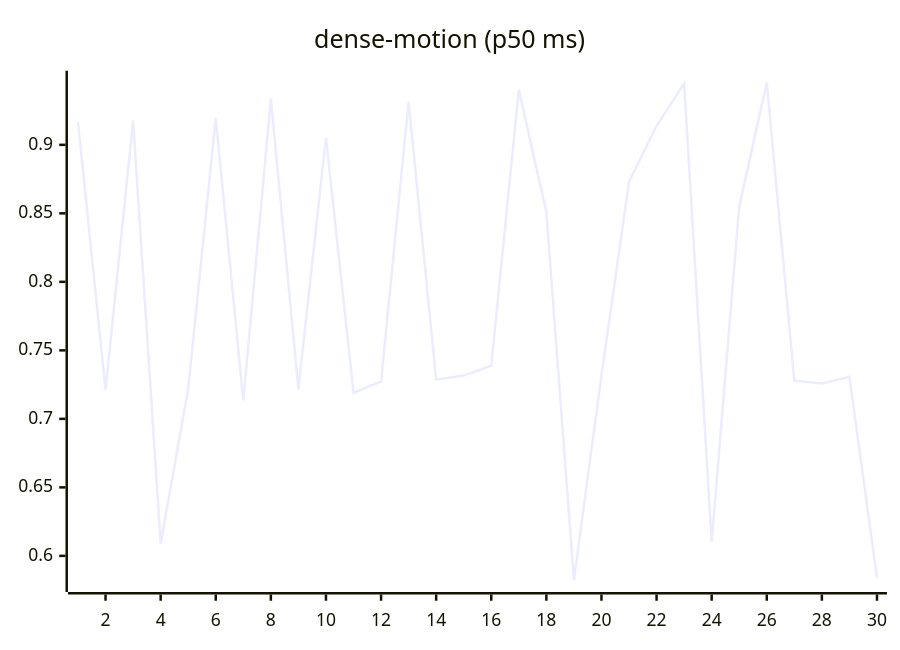
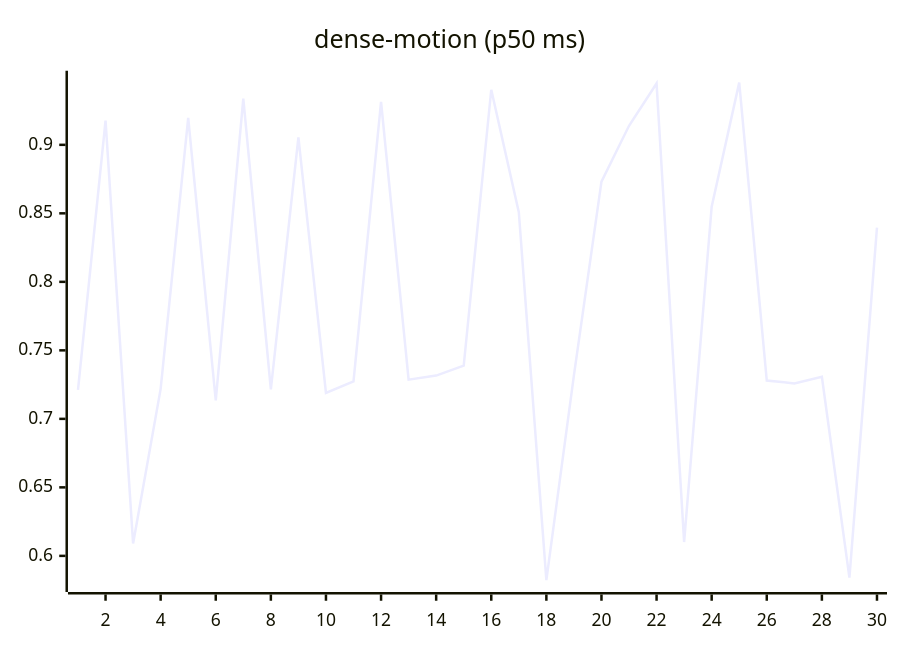
One commit to josha/Facet changed the ninth of 27 diagrams in README.md. Above: the diagram before and after it, drawn with Mermaid. The commit also changed other lines of this file and 2 other files, not shown here.

````diff
--- a/README.md
+++ b/README.md
@@ -119,6 +119,6 @@
 ```mermaid
 xychart-beta
     title "dense-motion (p50 ms)"
     x-axis 1 --> 30
-    line [0.9168, 0.7211, 0.9177, 0.6090, 0.7219, 0.9196, 0.7134, 0.9338, 0.7216, 0.9055, 0.7190, 0.7274, 0.9314, 0.7286, 0.7316, 0.7389, 0.9402, 0.8508, 0.5823, 0.7317, 0.8731, 0.9139, 0.9448, 0.6101, 0.8549, 0.9454, 0.7280, 0.7259, 0.7307, 0.5841]
+    line [0.7211, 0.9177, 0.6090, 0.7219, 0.9196, 0.7134, 0.9338, 0.7216, 0.9055, 0.7190, 0.7274, 0.9314, 0.7286, 0.7316, 0.7389, 0.9402, 0.8508, 0.5823, 0.7317, 0.8731, 0.9139, 0.9448, 0.6101, 0.8549, 0.9454, 0.7280, 0.7259, 0.7307, 0.5841, 0.8396]
 ```
````
